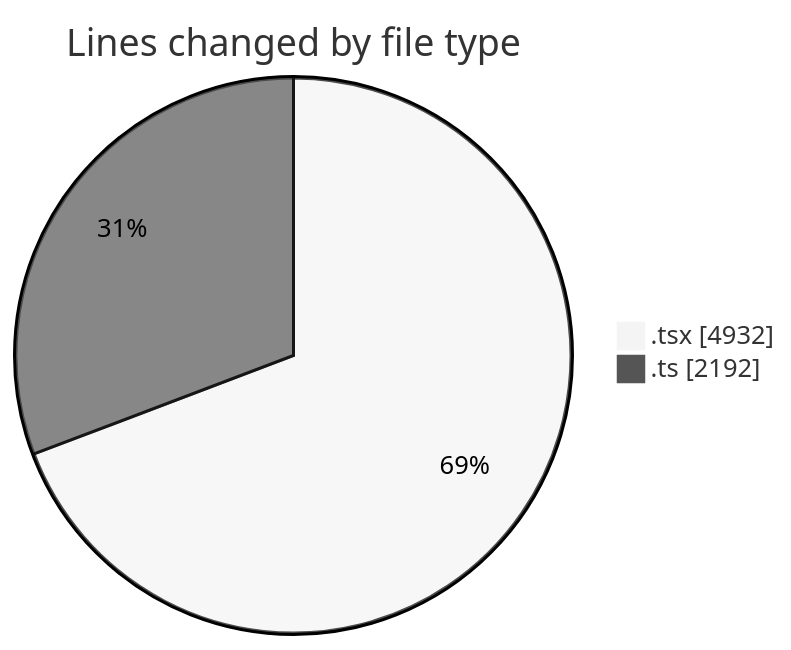
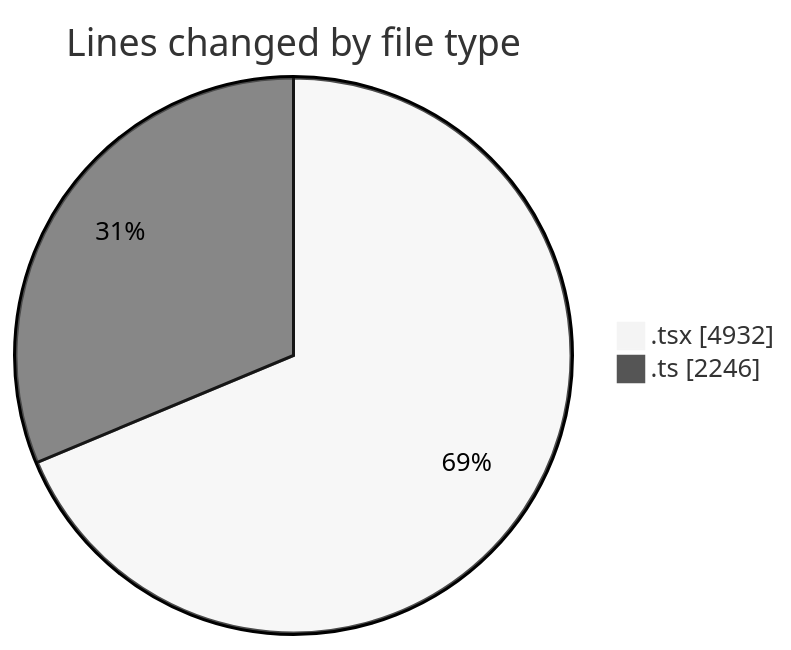
One commit to nxtqubesakshisongat/code-tracking changed the first of 2 diagrams in 2026-02-26/nxtqube_webapp/README.md. Above: the diagram before and after it, drawn with Mermaid (neutral theme). The commit also changed other lines of this file and 1 other file, not shown here.

````diff
--- a/2026-02-26/nxtqube_webapp/README.md
+++ b/2026-02-26/nxtqube_webapp/README.md
@@ -33,6 +33,6 @@
 ```mermaid
 pie showData
 title Lines changed by file type
 ".tsx" : 4932
-".ts" : 2192
+".ts" : 2246
 ```
````
